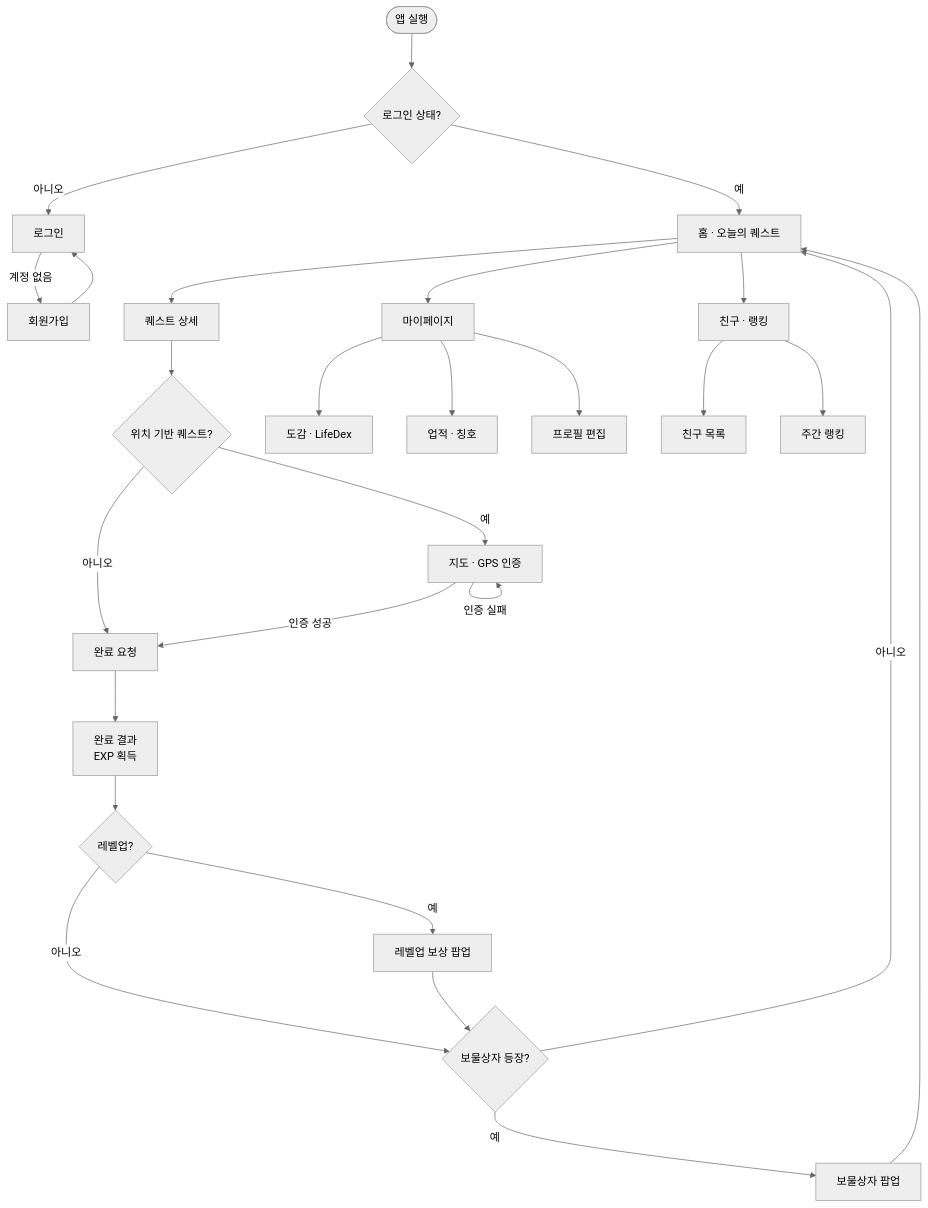
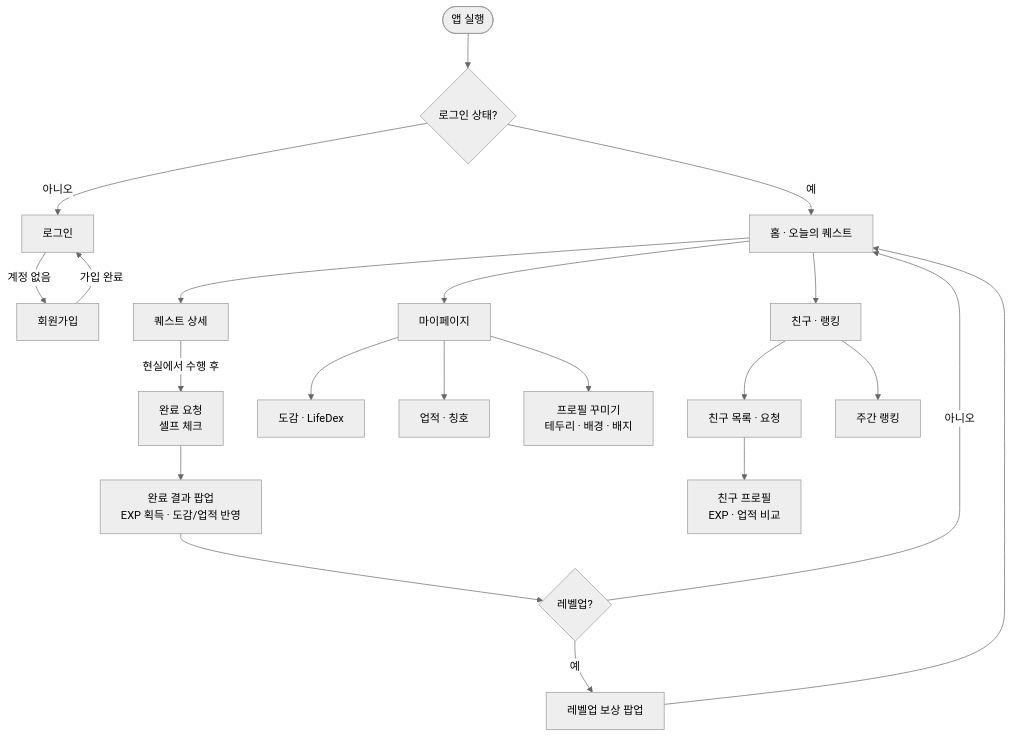
One commit to mahoora0/LifeQuest changed the diagram in docs/screen-flow.md. Above: the diagram before and after it, drawn with Mermaid. The commit also changed other lines of this file and 8 other files, not shown here.

````diff
--- a/docs/screen-flow.md
+++ b/docs/screen-flow.md
@@ -5,34 +7,27 @@
 ```mermaid
 %%{init: {'theme':'neutral'}}%%
 flowchart TD
   Splash([앱 실행]) --> Auth{로그인 상태?}
   Auth -- 아니오 --> Login[로그인]
   Login -- 계정 없음 --> Signup[회원가입]
-  Signup --> Login
+  Signup -- 가입 완료 --> Login
   Auth -- 예 --> Home[홈 · 오늘의 퀘스트]
 
   Home --> Detail[퀘스트 상세]
-  Detail --> LocQ{위치 기반 퀘스트?}
-  LocQ -- 아니오 --> Complete[완료 요청]
-  LocQ -- 예 --> Map[지도 · GPS 인증]
-  Map -- 인증 성공 --> Complete
-  Map -- 인증 실패 --> Map
-
-  Complete --> Result[완료 결과<br/>EXP 획득]
+  Detail -- 현실에서 수행 후 --> Complete[완료 요청<br/>셀프 체크]
+  Complete --> Result[완료 결과 팝업<br/>EXP 획득 · 도감/업적 반영]
   Result --> LevelUp{레벨업?}
   LevelUp -- 예 --> Reward[레벨업 보상 팝업]
-  LevelUp -- 아니오 --> Chest{보물상자 등장?}
-  Reward --> Chest
-  Chest -- 예 --> ChestPopup[보물상자 팝업]
-  Chest -- 아니오 --> Home
-  ChestPopup --> Home
+  LevelUp -- 아니오 --> Home
+  Reward --> Home
 
   Home --> MyPage[마이페이지]
   MyPage --> Dex[도감 · LifeDex]
   MyPage --> Achv[업적 · 칭호]
-  MyPage --> Profile[프로필 편집]
+  MyPage --> Deco[프로필 꾸미기<br/>테두리 · 배경 · 배지]
 
   Home --> Social[친구 · 랭킹]
-  Social --> FriendList[친구 목록]
+  Social --> FriendList[친구 목록 · 요청]
   Social --> Ranking[주간 랭킹]
+  FriendList --> FriendProfile[친구 프로필<br/>EXP · 업적 비교]
 ```
````
